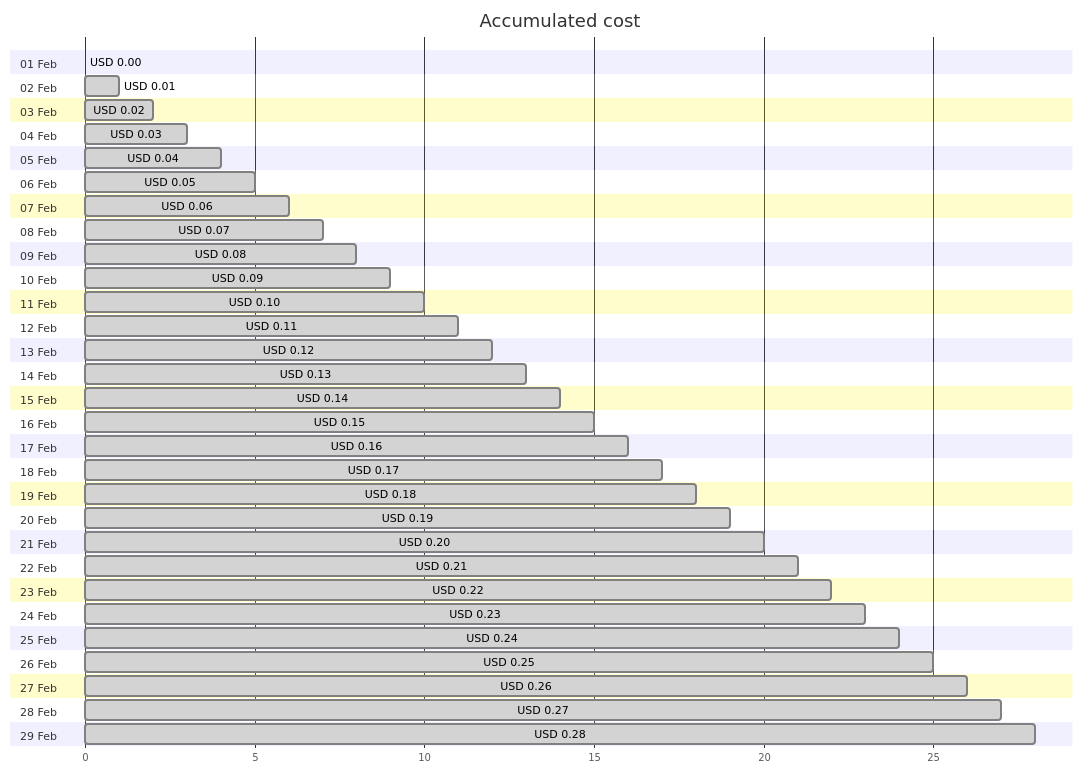
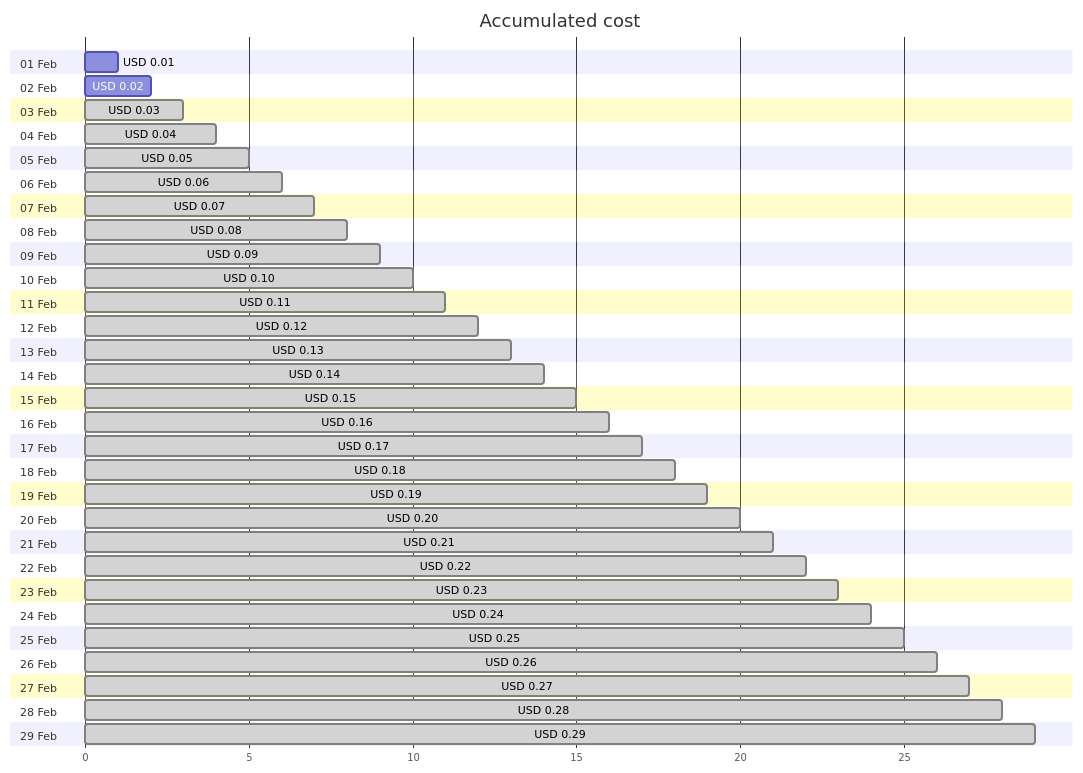
One commit to jpfulton/azure-personal-reports changed the first of 4 diagrams in cost-reports/cloud-shell-storage-eastus/cs2100300008c8d894b.md. Above: the diagram before and after it, drawn with Mermaid. The commit also changed other lines of this file and 1 other file, not shown here.

````diff
--- a/cost-reports/cloud-shell-storage-eastus/cs2100300008c8d894b.md
+++ b/cost-reports/cloud-shell-storage-eastus/cs2100300008c8d894b.md
@@ -20,64 +20,64 @@
 ```mermaid
 gantt
    title Accumulated cost
    dateFormat  X
    axisFormat %s
    section 01 Feb
-   USD 0.00 :0, 0
+   USD 0.01 :0, 1
    section 02 Feb
-   USD 0.01 : done, 0, 1
+   USD 0.02 :0, 2
    section 03 Feb
-   USD 0.02 : done, 0, 2
+   USD 0.03 : done, 0, 3
    section 04 Feb
-   USD 0.03 : done, 0, 3
+   USD 0.04 : done, 0, 4
    section 05 Feb
-   USD 0.04 : done, 0, 4
+   USD 0.05 : done, 0, 5
    section 06 Feb
-   USD 0.05 : done, 0, 5
+   USD 0.06 : done, 0, 6
    section 07 Feb
-   USD 0.06 : done, 0, 6
+   USD 0.07 : done, 0, 7
    section 08 Feb
-   USD 0.07 : done, 0, 7
+   USD 0.08 : done, 0, 8
    section 09 Feb
-   USD 0.08 : done, 0, 8
+   USD 0.09 : done, 0, 9
    section 10 Feb
-   USD 0.09 : done, 0, 9
+   USD 0.10 : done, 0, 10
    section 11 Feb
-   USD 0.10 : done, 0, 10
+   USD 0.11 : done, 0, 11
    section 12 Feb
-   USD 0.11 : done, 0, 11
+   USD 0.12 : done, 0, 12
    section 13 Feb
-   USD 0.12 : done, 0, 12
+   USD 0.13 : done, 0, 13
    section 14 Feb
-   USD 0.13 : done, 0, 13
+   USD 0.14 : done, 0, 14
    section 15 Feb
-   USD 0.14 : done, 0, 14
+   USD 0.15 : done, 0, 15
    section 16 Feb
-   USD 0.15 : done, 0, 15
+   USD 0.16 : done, 0, 16
    section 17 Feb
-   USD 0.16 : done, 0, 16
+   USD 0.17 : done, 0, 17
    section 18 Feb
-   USD 0.17 : done, 0, 17
+   USD 0.18 : done, 0, 18
    section 19 Feb
-   USD 0.18 : done, 0, 18
+   USD 0.19 : done, 0, 19
    section 20 Feb
-   USD 0.19 : done, 0, 19
+   USD 0.20 : done, 0, 20
    section 21 Feb
-   USD 0.20 : done, 0, 20
+   USD 0.21 : done, 0, 21
    section 22 Feb
-   USD 0.21 : done, 0, 21
+   USD 0.22 : done, 0, 22
    section 23 Feb
-   USD 0.22 : done, 0, 22
+   USD 0.23 : done, 0, 23
    section 24 Feb
-   USD 0.23 : done, 0, 23
+   USD 0.24 : done, 0, 24
    section 25 Feb
-   USD 0.24 : done, 0, 24
+   USD 0.25 : done, 0, 25
    section 26 Feb
-   USD 0.25 : done, 0, 25
+   USD 0.26 : done, 0, 26
    section 27 Feb
-   USD 0.26 : done, 0, 26
+   USD 0.27 : done, 0, 27
    section 28 Feb
-   USD 0.27 : done, 0, 27
+   USD 0.28 : done, 0, 28
    section 29 Feb
-   USD 0.28 : done, 0, 28
+   USD 0.29 : done, 0, 29
 ```
````
